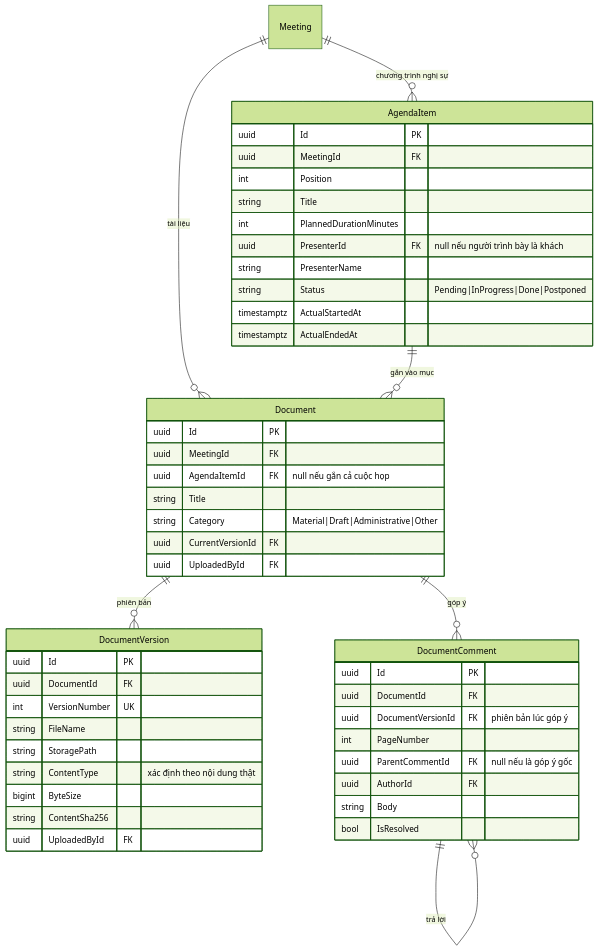
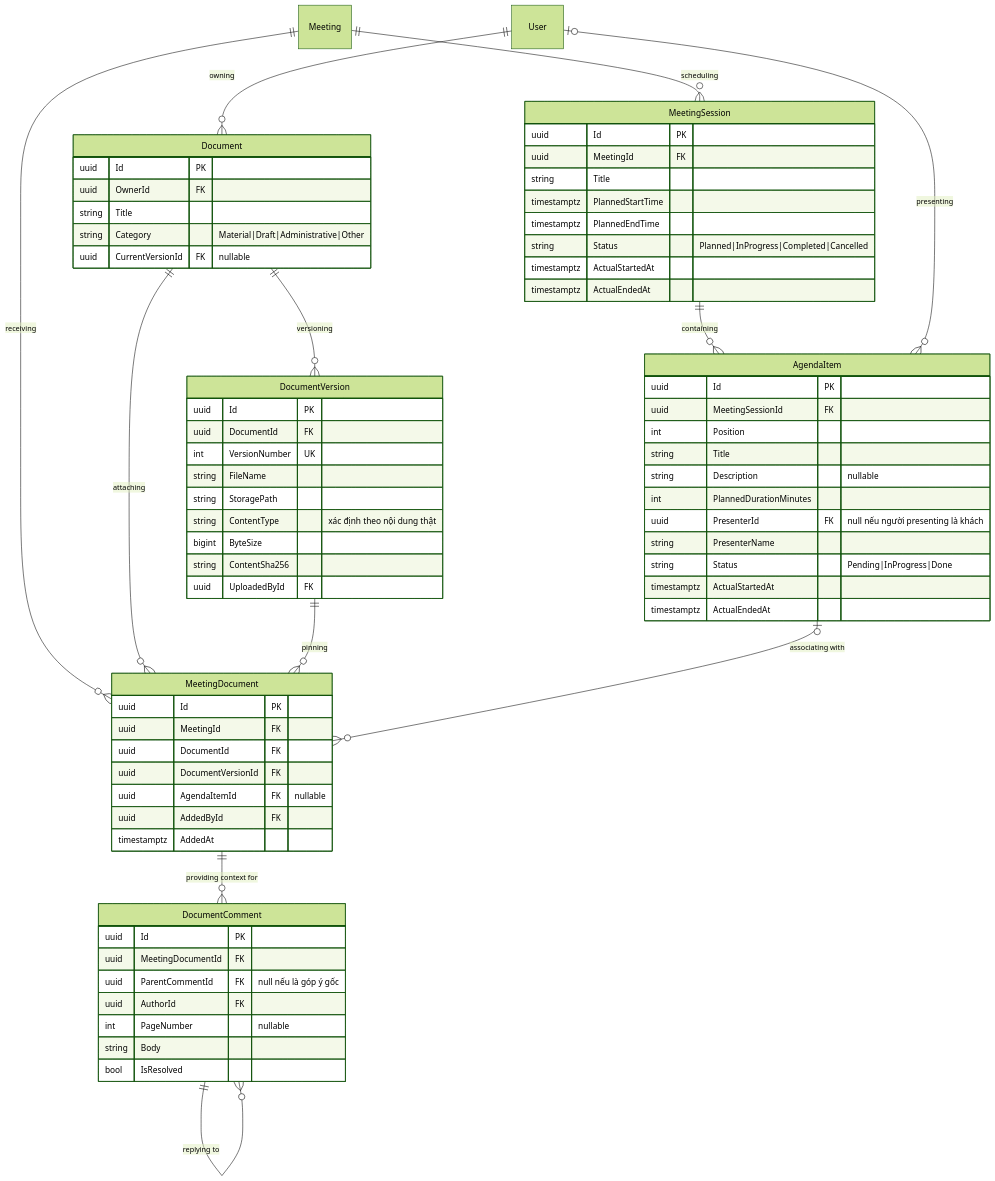
One commit to callmehai/FU-FA26-G116 changed the second of 6 diagrams in docs/02-design/02-erd.md. Above: the diagram before and after it, drawn with Mermaid (forest theme). The commit also changed other lines of this file and 3 other files, not shown here.

First line of the commit message:
[Doc]: Đồng bộ tài liệu ERD 30 thực thể, cập nhật đặc tả UC và Sequence Diagram UC-21

````diff
--- a/docs/02-design/02-erd.md
+++ b/docs/02-design/02-erd.md
@@ -116,52 +157,75 @@
 ```mermaid
 erDiagram
-    Meeting ||--o{ AgendaItem : "chương trình nghị sự"
-    Meeting ||--o{ Document : "tài liệu"
-    AgendaItem ||--o{ Document : "gắn vào mục"
-    Document ||--o{ DocumentVersion : "phiên bản"
-    Document ||--o{ DocumentComment : "góp ý"
-    DocumentComment ||--o{ DocumentComment : "trả lời"
+    Meeting ||--o{ MeetingSession : "scheduling"
+    MeetingSession ||--o{ AgendaItem : "containing"
+    User o|--o{ AgendaItem : "presenting"
+    User ||--o{ Document : "owning"
+    Meeting ||--o{ MeetingDocument : "receiving"
+    Document ||--o{ MeetingDocument : "attaching"
+    DocumentVersion ||--o{ MeetingDocument : "pinning"
+    AgendaItem o|--o{ MeetingDocument : "associating with"
+    MeetingDocument ||--o{ DocumentComment : "providing context for"
+    Document ||--o{ DocumentVersion : "versioning"
+    DocumentComment ||--o{ DocumentComment : "replying to"
+
+    MeetingSession {
+        uuid Id PK
+        uuid MeetingId FK
+        string Title
+        timestamptz PlannedStartTime
+        timestamptz PlannedEndTime
+        string Status "Planned|InProgress|Completed|Cancelled"
+        timestamptz ActualStartedAt
+        timestamptz ActualEndedAt
+    }
 
     AgendaItem {
         uuid Id PK
-        uuid MeetingId FK
+        uuid MeetingSessionId FK
         int Position
         string Title
+        string Description "nullable"
         int PlannedDurationMinutes
-        uuid PresenterId FK "null nếu người trình bày là khách"
+        uuid PresenterId FK "null nếu người presenting là khách"
         string PresenterName
-        string Status "Pending|InProgress|Done|Postponed"
+        string Status "Pending|InProgress|Done"
         timestamptz ActualStartedAt
         timestamptz ActualEndedAt
     }
     Document {
         uuid Id PK
-        uuid MeetingId FK
-        uuid AgendaItemId FK "null nếu gắn cả cuộc họp"
+        uuid OwnerId FK
         string Title
         string Category "Material|Draft|Administrative|Other"
-        uuid CurrentVersionId FK
-        uuid UploadedById FK
+        uuid CurrentVersionId FK "nullable"
     }
     DocumentVersion {
         uuid Id PK
         uuid DocumentId FK
         int VersionNumber UK
         string FileName
         string StoragePath
         string ContentType "xác định theo nội dung thật"
         bigint ByteSize
         string ContentSha256
         uuid UploadedById FK
     }
+    MeetingDocument {
+        uuid Id PK
+        uuid MeetingId FK
+        uuid DocumentId FK
+        uuid DocumentVersionId FK
+        uuid AgendaItemId FK "nullable"
+        uuid AddedById FK
+        timestamptz AddedAt
+    }
     DocumentComment {
         uuid Id PK
-        uuid DocumentId FK
-        uuid DocumentVersionId FK "phiên bản lúc góp ý"
-        int PageNumber
+        uuid MeetingDocumentId FK
         uuid ParentCommentId FK "null nếu là góp ý gốc"
         uuid AuthorId FK
+        int PageNumber "nullable"
         string Body
         bool IsResolved
     }
 ```
````
